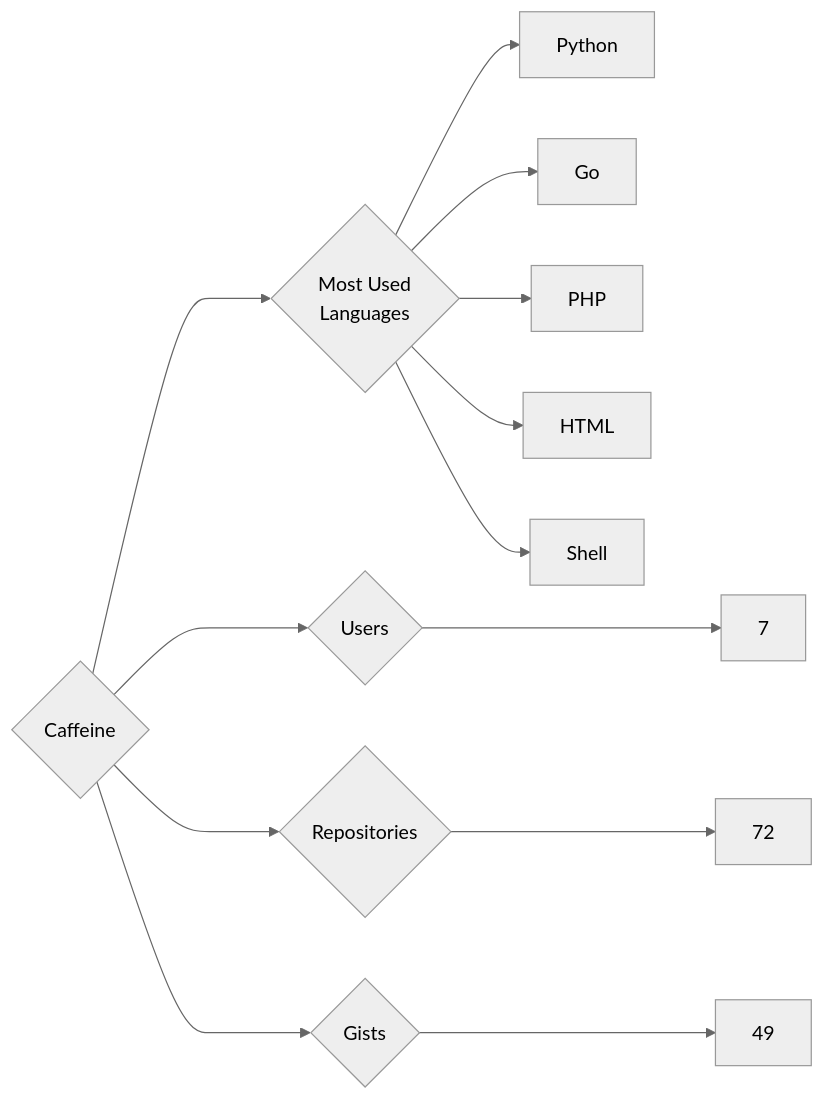
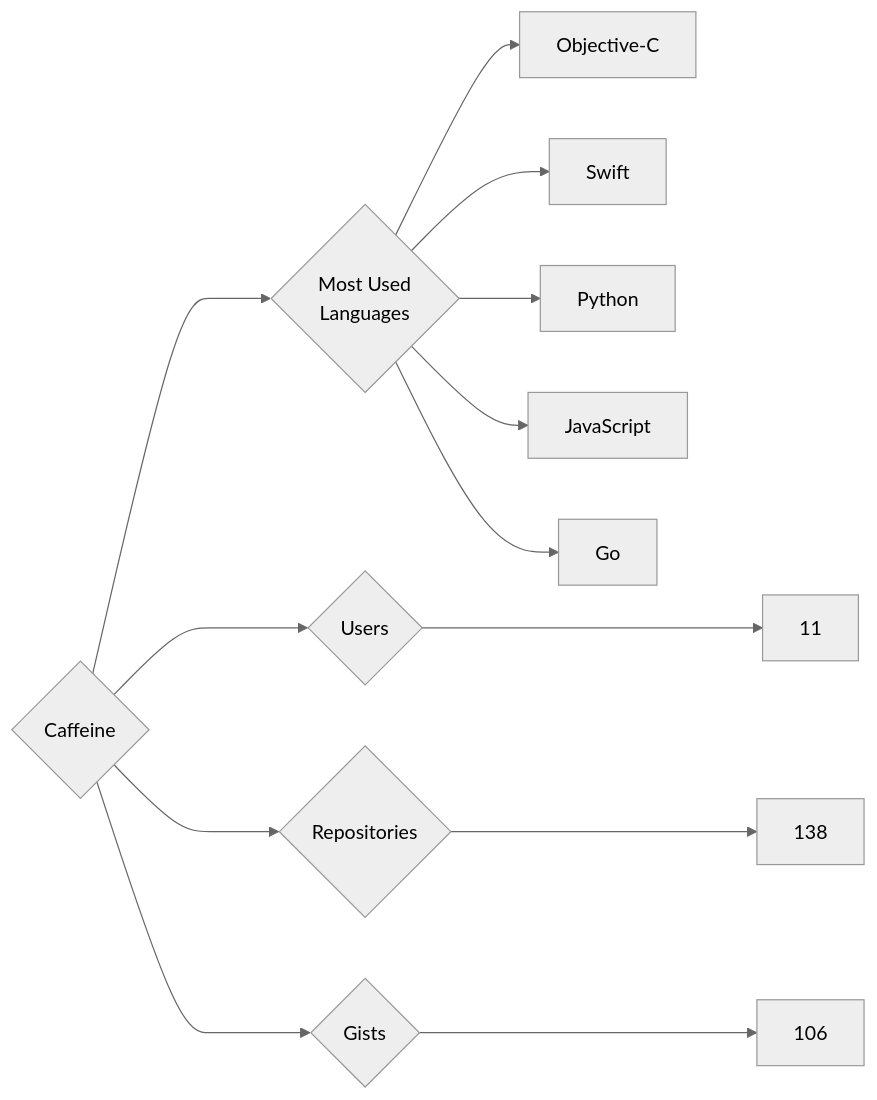
Before and after one commit to trickest/insiders: the diagram in targets/Caffeine/README.md, drawn with Mermaid (neutral theme). The commit also changed 927 other files, not shown here.

````diff
--- a/targets/Caffeine/README.md
+++ b/targets/Caffeine/README.md
@@ -3,13 +3,13 @@
 ```mermaid
 graph LR
 COMPANY_NAME{Caffeine}
-COMPANY_NAME ---> U{Users} ---> UN[7]
-COMPANY_NAME ---> R{Repositories} ---> RN[72]
-COMPANY_NAME ---> G{Gists} ---> GN[49]
+COMPANY_NAME ---> U{Users} ---> UN[11]
+COMPANY_NAME ---> R{Repositories} ---> RN[138]
+COMPANY_NAME ---> G{Gists} ---> GN[106]
 COMPANY_NAME ---> ML{Most Used<br>Languages}
+ML --> Objective-C[Objective-C]
+ML --> Swift[Swift]
 ML --> Python[Python]
+ML --> JavaScript[JavaScript]
 ML --> Go[Go]
-ML --> PHP[PHP]
-ML --> HTML[HTML]
-ML --> Shell[Shell]
 ```
````
